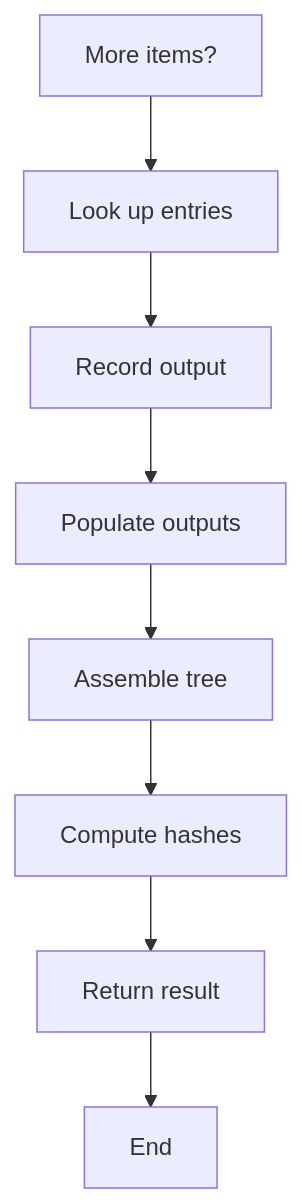
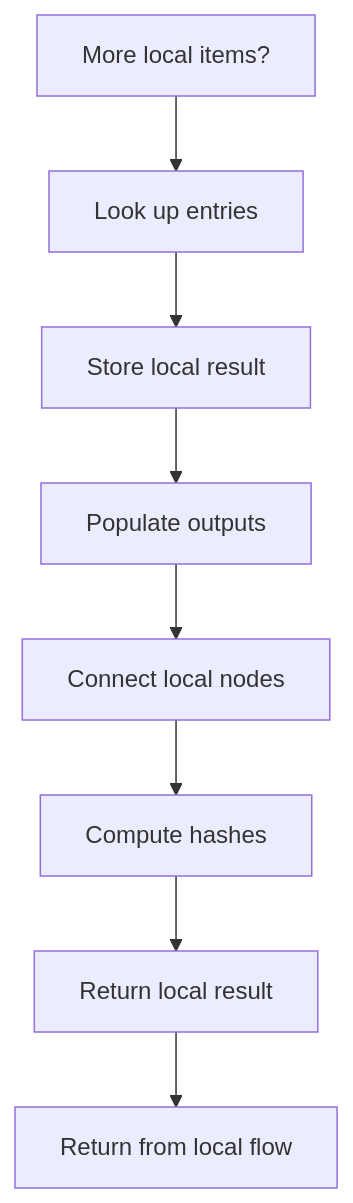
The eighth of 8 diagrams in docs/Codebase/Microservice/Modules/Source/OutputGeneration/UnitTestGeneration/Flow/algorithm_pipeline_program_flow_02.cpp.md (JohnAndrewBalbarosa/NeoTerritory), drawn with Mermaid before and after one commit. The commit also changed other lines of this file and 915 other files, not shown here.

````diff
--- a/docs/Codebase/Microservice/Modules/Source/OutputGeneration/UnitTestGeneration/Flow/algorithm_pipeline_program_flow_02.cpp.md
+++ b/docs/Codebase/Microservice/Modules/Source/OutputGeneration/UnitTestGeneration/Flow/algorithm_pipeline_program_flow_02.cpp.md
@@ -191,18 +191,18 @@
 ```mermaid
 flowchart TD
-    N0["More items?"]
+    N0["More local items?"]
     N1["Look up entries"]
-    N2["Record output"]
+    N2["Store local result"]
     N3["Populate outputs"]
-    N4["Assemble tree"]
+    N4["Connect local nodes"]
     N5["Compute hashes"]
-    N6["Return result"]
-    N7["End"]
+    N6["Return local result"]
+    N7["Return from local flow"]
     N0 --> N1
     N1 --> N2
     N2 --> N3
     N3 --> N4
     N4 --> N5
     N5 --> N6
     N6 --> N7
 ```
````
